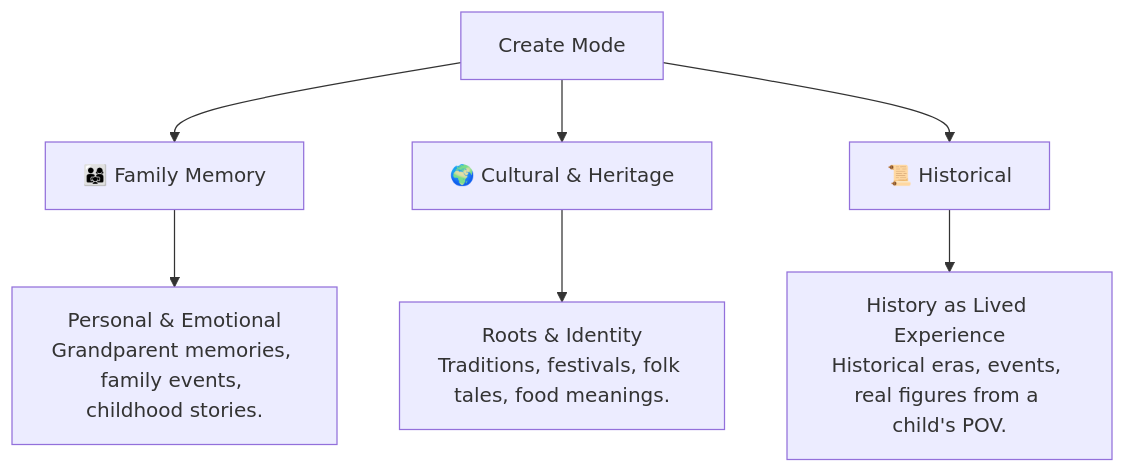
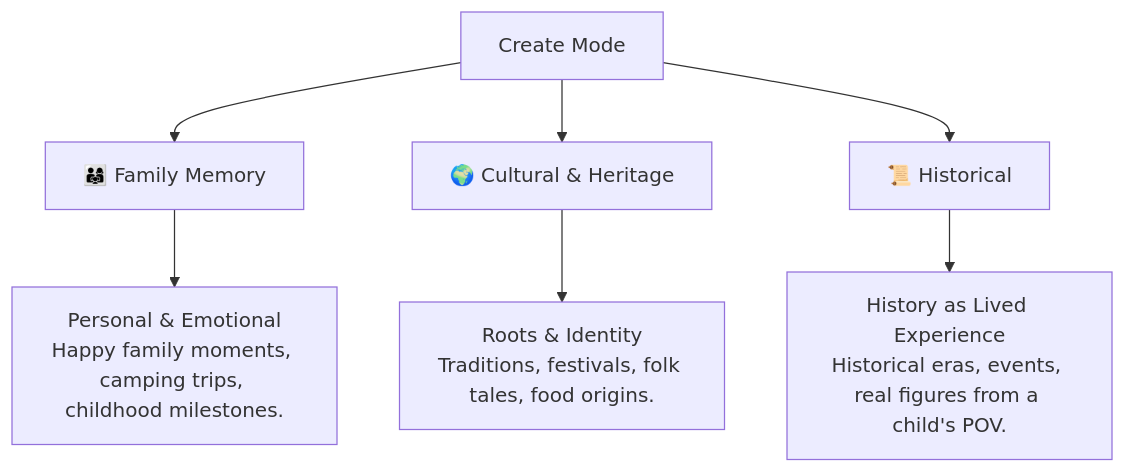
The first of 3 diagrams in README.md (Rohith84/StorySprout), drawn with Mermaid before and after one commit. The commit also changed other lines of this file, not shown here.

````diff
--- a/README.md
+++ b/README.md
@@ -70,10 +84,10 @@
 ```mermaid
 graph TD
     A[Create Mode] --> B[👨‍👩‍👧 Family Memory]
     A --> C[🌍 Cultural & Heritage]
     A --> D[📜 Historical]
 
-    B --> B1["Personal & Emotional<br/>Grandparent memories, family events, childhood stories."]
-    C --> C1["Roots & Identity<br/>Traditions, festivals, folk tales, food meanings."]
+    B --> B1["Personal & Emotional<br/>Happy family moments, camping trips, childhood milestones."]
+    C --> C1["Roots & Identity<br/>Traditions, festivals, folk tales, food origins."]
     D --> D1["History as Lived Experience<br/>Historical eras, events, real figures from a child's POV."]
 ```
````
